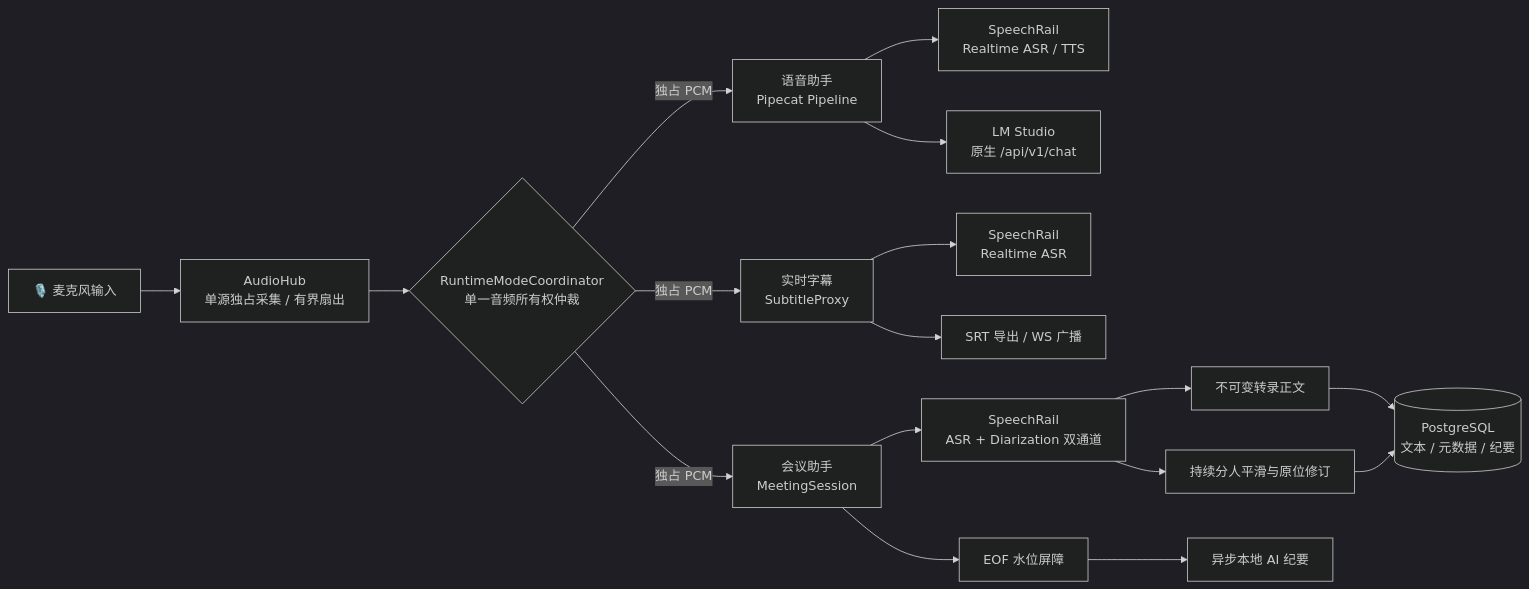
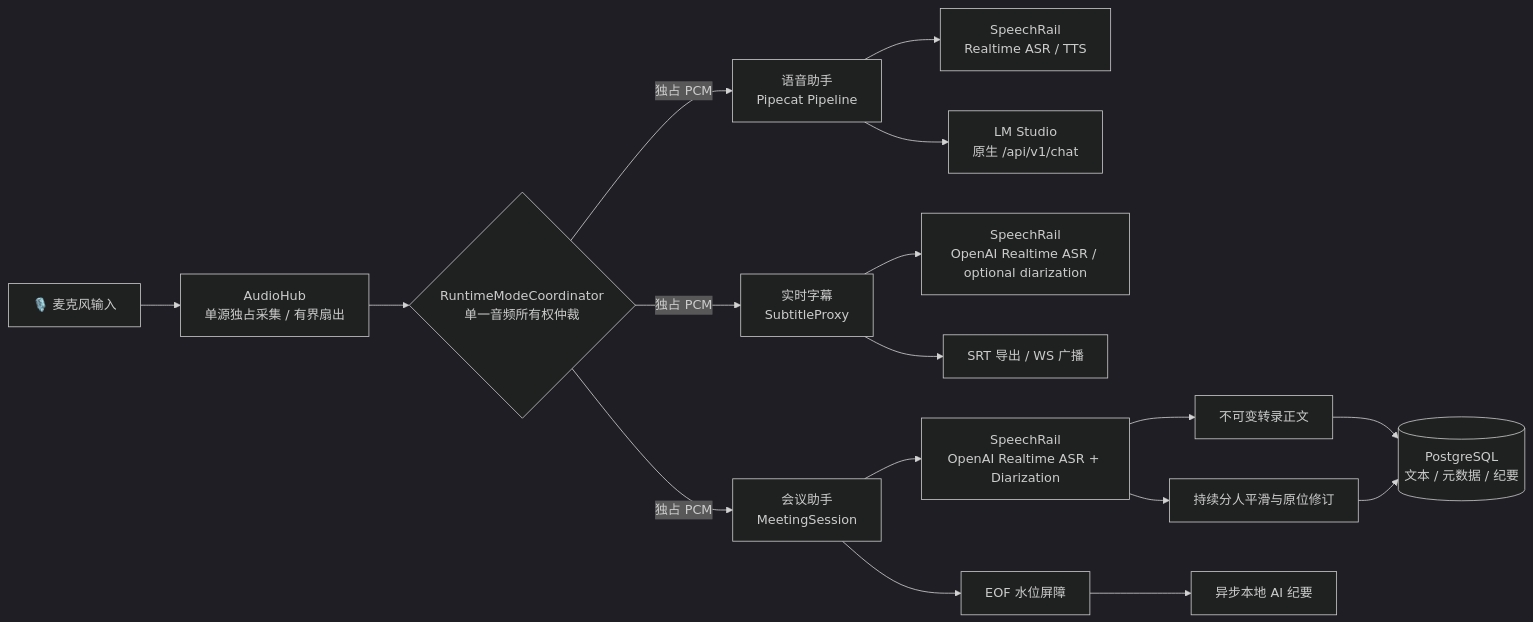
Before and after one commit to hrygo/sona: the diagram in README.md, drawn with Mermaid (dark theme). The commit also changed other lines of this file and 1 other file, not shown here.

Commit message:
docs: 更新 README 对齐 SpeechRail v2

````diff
--- a/README.md
+++ b/README.md
@@ -69,23 +79,23 @@
 ```mermaid
 flowchart LR
     MIC[🎙️ 麦克风输入] --> HUB[AudioHub<br/>单源独占采集 / 有界扇出]
     HUB --> MODE{RuntimeModeCoordinator<br/>单一音频所有权仲裁}
 
     MODE -->|独占 PCM| ASSIST[语音助手<br/>Pipecat Pipeline]
     MODE -->|独占 PCM| SUB[实时字幕<br/>SubtitleProxy]
     MODE -->|独占 PCM| MEET[会议助手<br/>MeetingSession]
 
     ASSIST --> SR1[SpeechRail<br/>Realtime ASR / TTS]
     ASSIST --> LLM1[LM Studio<br/>原生 /api/v1/chat]
 
-    SUB --> SR2[SpeechRail<br/>Realtime ASR]
+    SUB --> SR2[SpeechRail<br/>OpenAI Realtime ASR / optional diarization]
     SUB --> SRT[SRT 导出 / WS 广播]
 
-    MEET --> SR3[SpeechRail<br/>ASR + Diarization 双通道]
+    MEET --> SR3[SpeechRail<br/>OpenAI Realtime ASR + Diarization]
     SR3 --> TEXT[不可变转录正文]
     SR3 --> SPEAKER[持续分人平滑与原位修订]
     TEXT --> DB[(PostgreSQL<br/>文本 / 元数据 / 纪要)]
     SPEAKER --> DB
     MEET --> EOF[EOF 水位屏障]
     EOF --> SUMMARY[异步本地 AI 纪要]
 ```
````
